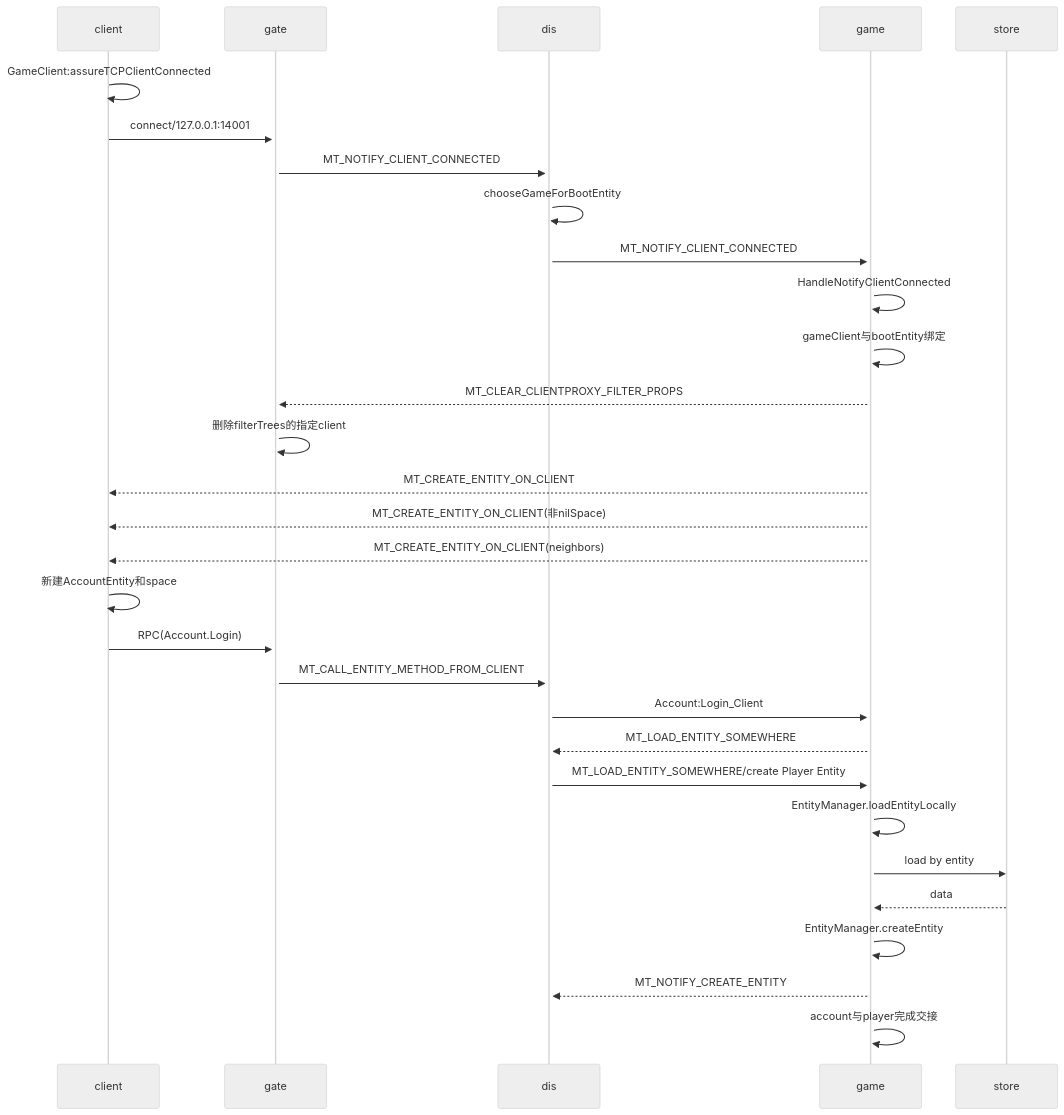
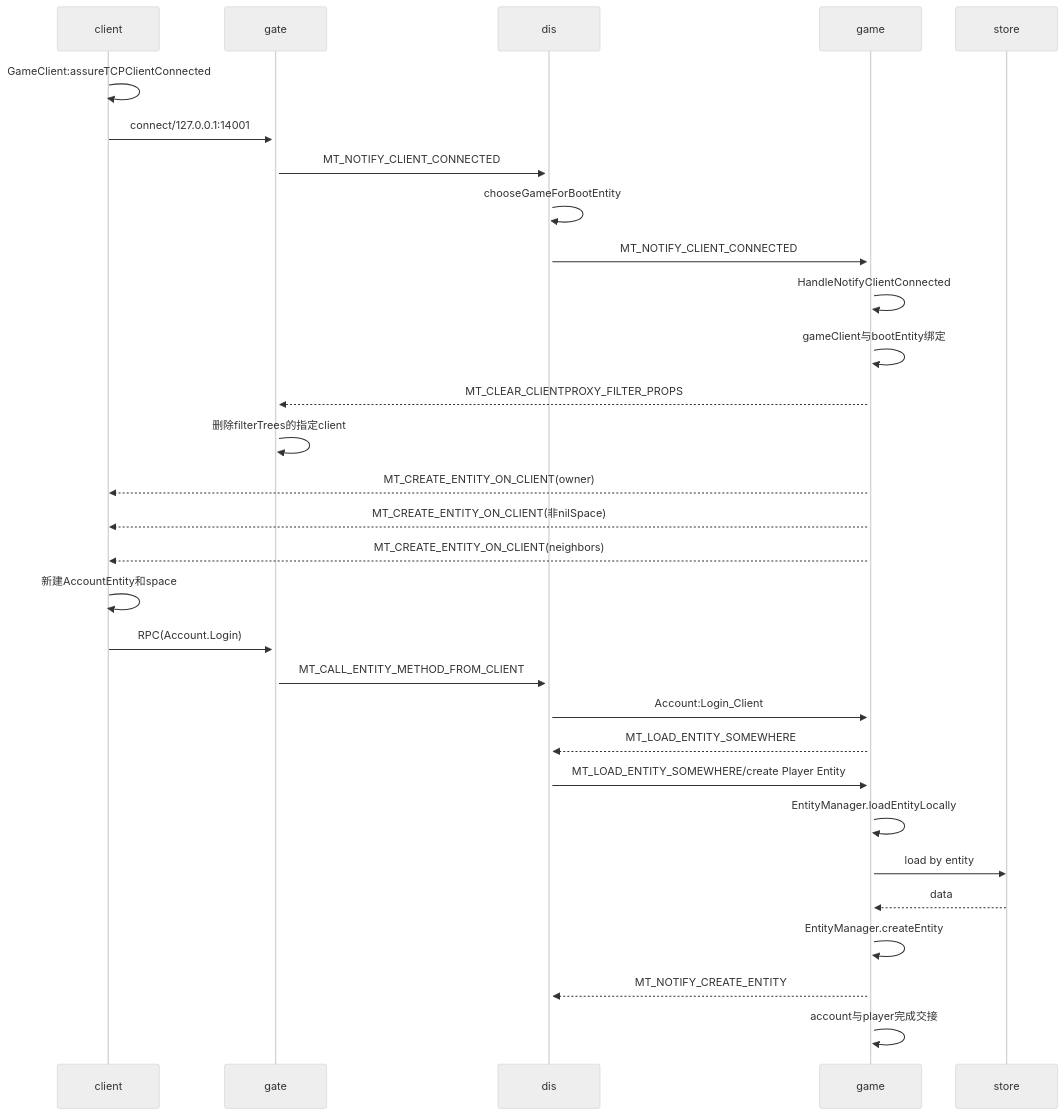
The third of 5 diagrams in 9.项目阅读笔记/4.3entity.md (hammercui/book-list), drawn with Mermaid (neutral theme) before and after one commit. The commit also changed other lines of this file and 8 other files, not shown here.

````diff
--- a/9.项目阅读笔记/4.3entity.md
+++ b/9.项目阅读笔记/4.3entity.md
@@ -66,32 +65,32 @@
 ```mermaid
 sequenceDiagram
     participant client
     participant gate
     participant dis
     participant game
     participant store
     client ->> client:GameClient:assureTCPClientConnected
     client ->> + gate: connect/127.0.0.1:14001 
     gate   ->> + dis: MT_NOTIFY_CLIENT_CONNECTED
     dis ->> dis: chooseGameForBootEntity
     dis ->> + game: MT_NOTIFY_CLIENT_CONNECTED
     game ->> game:HandleNotifyClientConnected
     game ->> game: gameClient与bootEntity绑定
     game -->>  gate: MT_CLEAR_CLIENTPROXY_FILTER_PROPS
     gate ->> gate:删除filterTrees的指定client
-    game -->>  client: MT_CREATE_ENTITY_ON_CLIENT
+    game -->>  client: MT_CREATE_ENTITY_ON_CLIENT(owner)
     game -->> client: MT_CREATE_ENTITY_ON_CLIENT(非nilSpace)
     game -->> client: MT_CREATE_ENTITY_ON_CLIENT(neighbors)
     client ->> client: 新建AccountEntity和space
     client ->> gate: RPC(Account.Login)
     gate ->>dis: MT_CALL_ENTITY_METHOD_FROM_CLIENT
     dis ->> game:Account:Login_Client
     game -->> dis: MT_LOAD_ENTITY_SOMEWHERE
     dis ->> game: MT_LOAD_ENTITY_SOMEWHERE/create Player Entity
     game ->> game:  EntityManager.loadEntityLocally
     game ->> store: load by entity
     store -->> game: data
     game ->> game: EntityManager.createEntity
     game -->> dis: MT_NOTIFY_CREATE_ENTITY
     game ->> game: account与player完成交接
 ```
````
